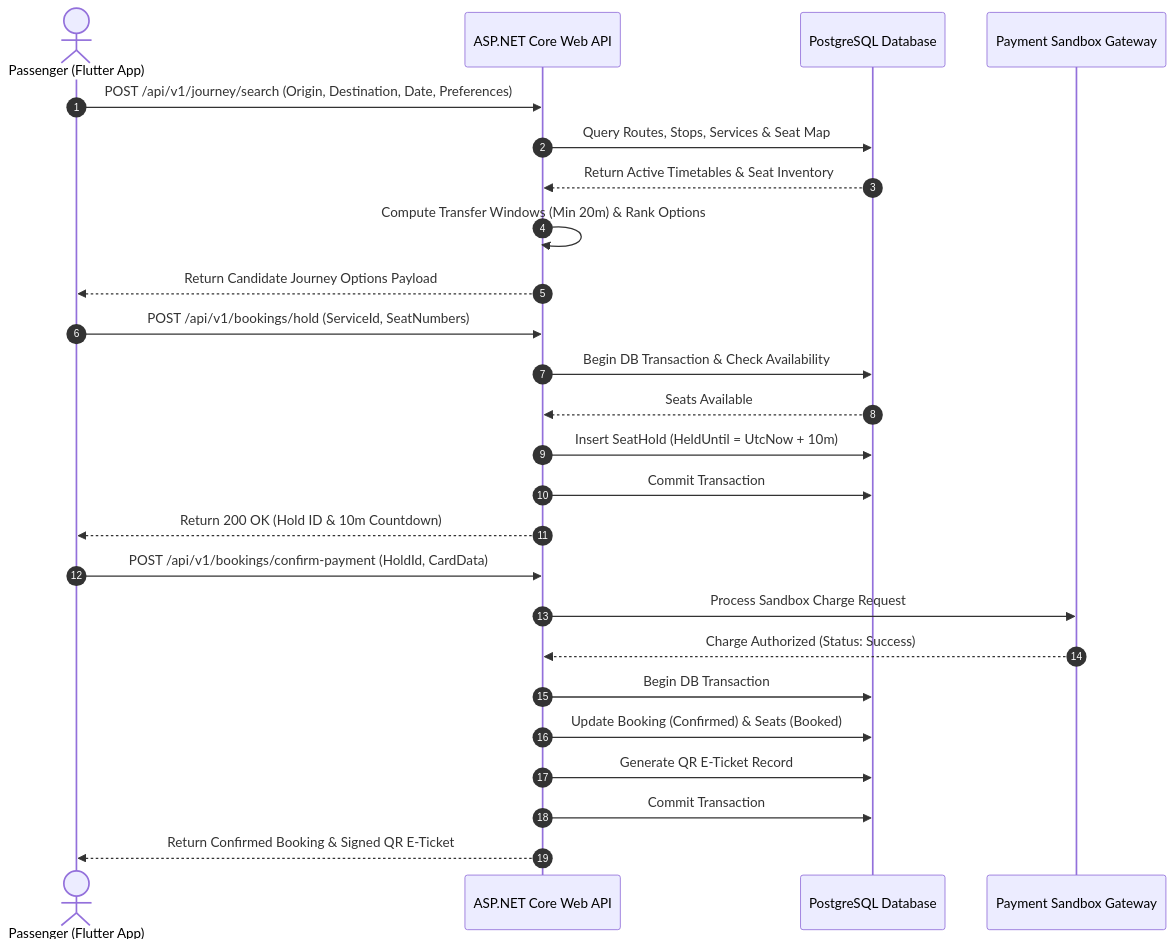
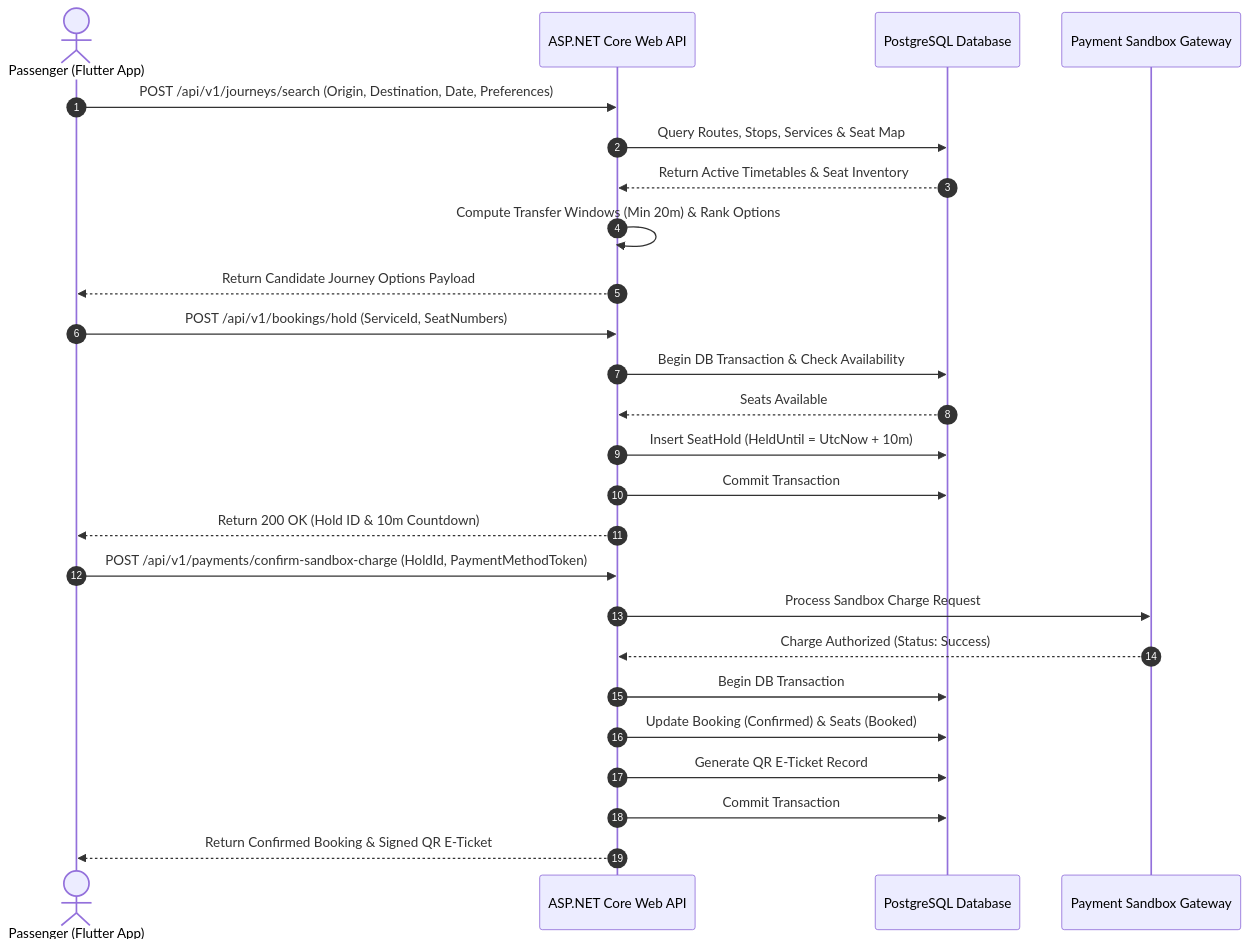
One commit to NuhadhMohomed/WayPoint changed the diagram in docs/architecture/diagrams/03-passenger-journey-flow.mermaid. Above: the diagram before and after it, drawn with Mermaid. The commit also changed 18 other files, not shown here.

```diff
--- a/docs/architecture/diagrams/03-passenger-journey-flow.mermaid
+++ b/docs/architecture/diagrams/03-passenger-journey-flow.mermaid
@@ -1,28 +1,28 @@
 sequenceDiagram
     autonumber
     actor P as Passenger (Flutter App)
     participant API as ASP.NET Core Web API
     participant DB as PostgreSQL Database
     participant GW as Payment Sandbox Gateway
 
-    P->>API: POST /api/v1/journey/search (Origin, Destination, Date, Preferences)
+    P->>API: POST /api/v1/journeys/search (Origin, Destination, Date, Preferences)
     API->>DB: Query Routes, Stops, Services & Seat Map
     DB-->>API: Return Active Timetables & Seat Inventory
     API->>API: Compute Transfer Windows (Min 20m) & Rank Options
     API-->>P: Return Candidate Journey Options Payload
 
     P->>API: POST /api/v1/bookings/hold (ServiceId, SeatNumbers)
     API->>DB: Begin DB Transaction & Check Availability
     DB-->>API: Seats Available
     API->>DB: Insert SeatHold (HeldUntil = UtcNow + 10m)
     API->>DB: Commit Transaction
     API-->>P: Return 200 OK (Hold ID & 10m Countdown)
 
-    P->>API: POST /api/v1/bookings/confirm-payment (HoldId, CardData)
+    P->>API: POST /api/v1/payments/confirm-sandbox-charge (HoldId, PaymentMethodToken)
     API->>GW: Process Sandbox Charge Request
     GW-->>API: Charge Authorized (Status: Success)
     API->>DB: Begin DB Transaction
     API->>DB: Update Booking (Confirmed) & Seats (Booked)
     API->>DB: Generate QR E-Ticket Record
     API->>DB: Commit Transaction
     API-->>P: Return Confirmed Booking & Signed QR E-Ticket
```
